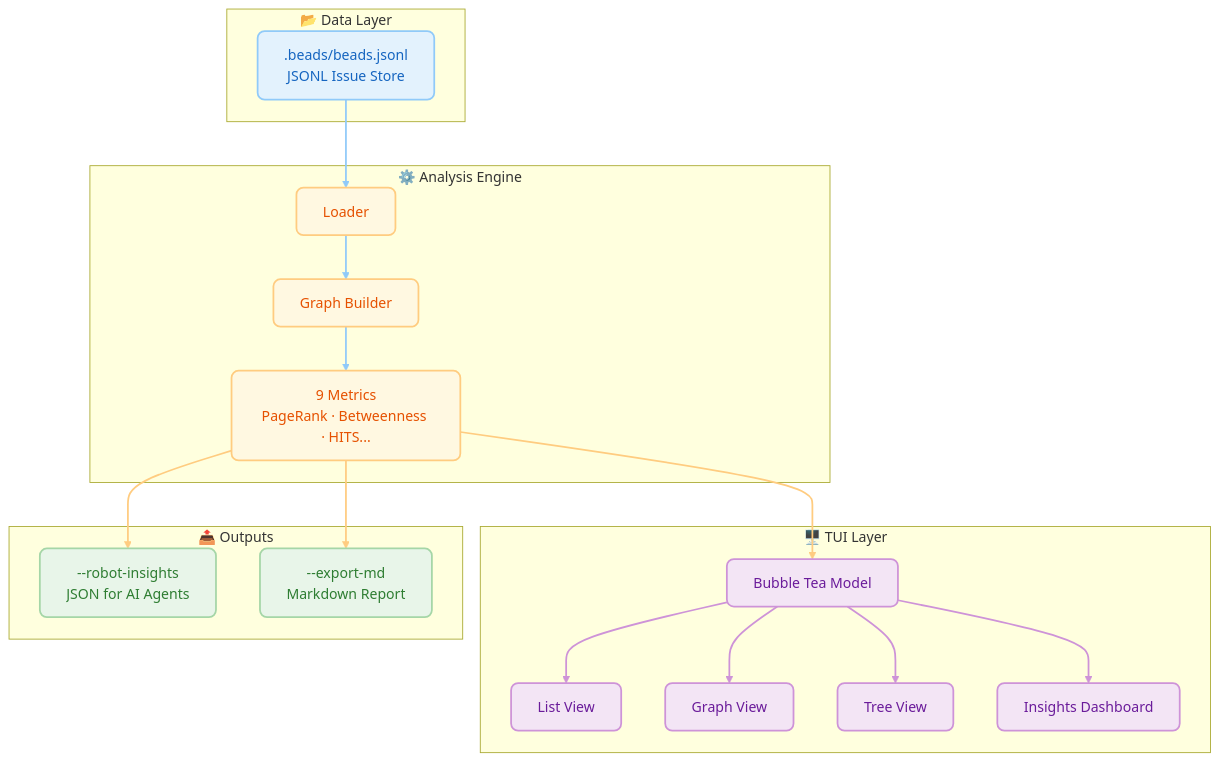
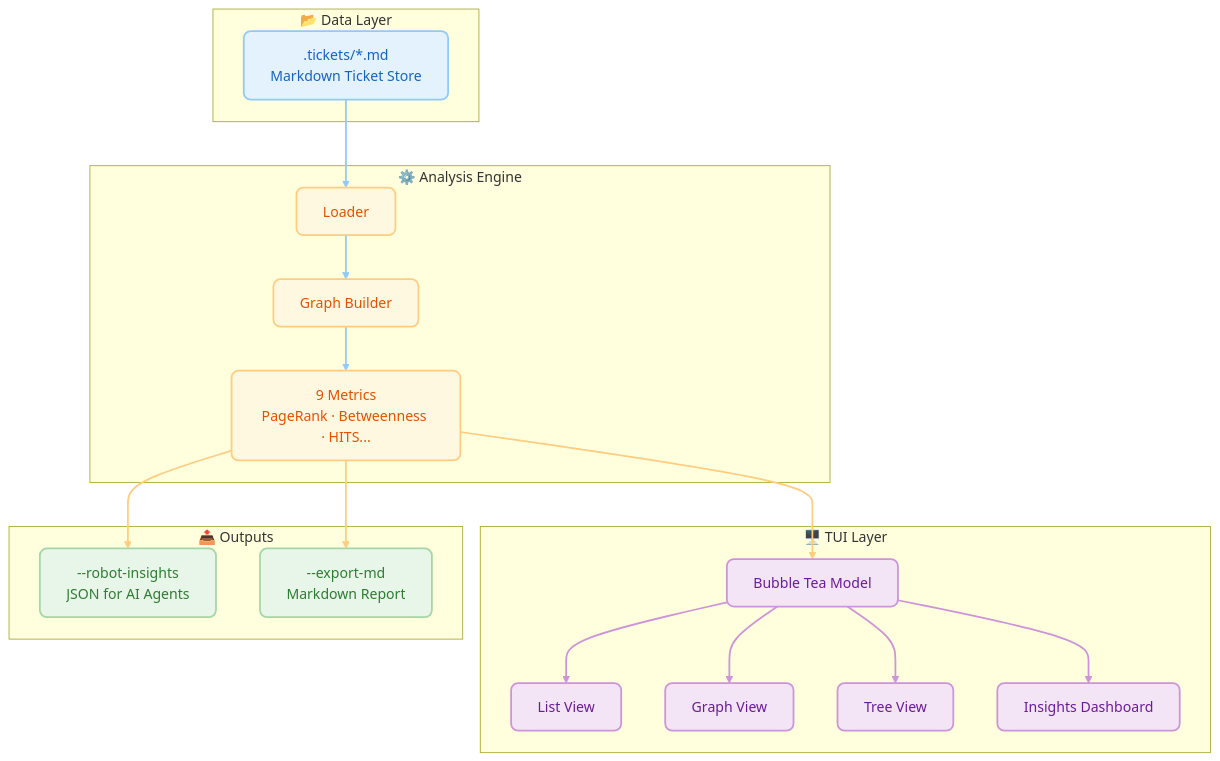
The first of 9 diagrams in README.md (adampush/ticket_viewer), drawn with Mermaid before and after one commit. The commit also changed other lines of this file and 4 other files, not shown here.

````diff
--- a/README.md
+++ b/README.md
@@ -303,46 +305,46 @@
 ```mermaid
 graph TD
     %% Soft Pastel Theme — Refined
     classDef data fill:#e3f2fd,stroke:#90caf9,stroke-width:2px,color:#1565c0,rx:8
     classDef logic fill:#fff8e1,stroke:#ffcc80,stroke-width:2px,color:#e65100,rx:8
     classDef ui fill:#f3e5f5,stroke:#ce93d8,stroke-width:2px,color:#6a1b9a,rx:8
     classDef output fill:#e8f5e9,stroke:#a5d6a7,stroke-width:2px,color:#2e7d32,rx:8
 
     subgraph storage [" 📂 Data Layer "]
-        A[".beads/beads.jsonl<br/>JSONL Issue Store"]:::data
+        A[".tickets/*.md<br/>Markdown Ticket Store"]:::data
     end
 
     subgraph engine [" ⚙️ Analysis Engine "]
         B["Loader"]:::logic
         C["Graph Builder"]:::logic
         D["9 Metrics<br/>PageRank · Betweenness · HITS..."]:::logic
     end
 
     subgraph interface [" 🖥️ TUI Layer "]
         E["Bubble Tea Model"]:::ui
         F["List View"]:::ui
         G["Graph View"]:::ui
         G2["Tree View"]:::ui
         H["Insights Dashboard"]:::ui
     end
 
     subgraph outputs [" 📤 Outputs "]
         I["--robot-insights<br/>JSON for AI Agents"]:::output
         J["--export-md<br/>Markdown Report"]:::output
     end
 
     A --> B
     B --> C
     C --> D
     D --> E
     D --> I
     D --> J
     E --> F
     E --> G
     E --> G2
     E --> H
 
     linkStyle 0,1,2 stroke:#90caf9,stroke-width:2px
     linkStyle 3,4,5 stroke:#ffcc80,stroke-width:2px
     linkStyle 6,7,8,9 stroke:#ce93d8,stroke-width:2px
 ```
````
